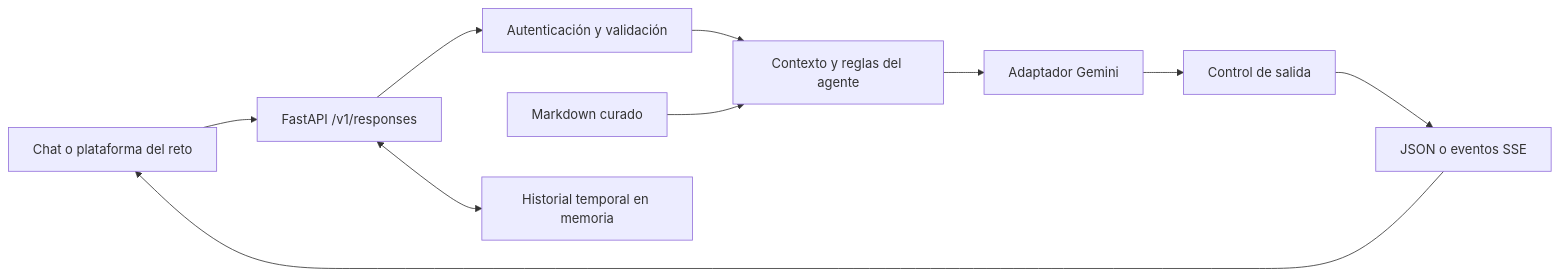
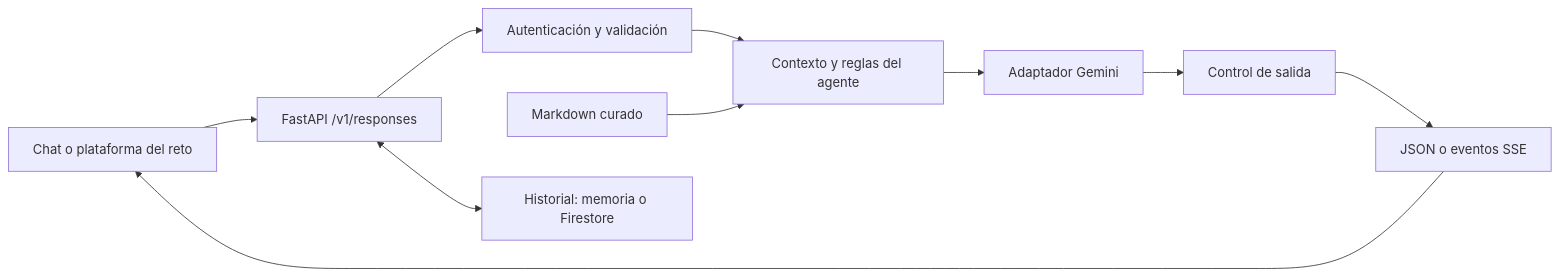
The diagram in docs/DECISIONES_TECNICAS.md (Aloner23/cv-agent-banorte), drawn with Mermaid before and after one commit. The commit also changed other lines of this file and 20 other files, not shown here.

````diff
--- a/docs/DECISIONES_TECNICAS.md
+++ b/docs/DECISIONES_TECNICAS.md
@@ -9,12 +9,12 @@
 ```mermaid
 flowchart LR
     U[Chat o plataforma del reto] --> A[FastAPI /v1/responses]
     A --> V[Autenticación y validación]
     V --> C[Contexto y reglas del agente]
     K[Markdown curado] --> C
     C --> G[Adaptador Gemini]
     G --> O[Control de salida]
     O --> R[JSON o eventos SSE]
     R --> U
-    A <--> M[Historial temporal en memoria]
+    A <--> M[Historial: memoria o Firestore]
 ```
````
